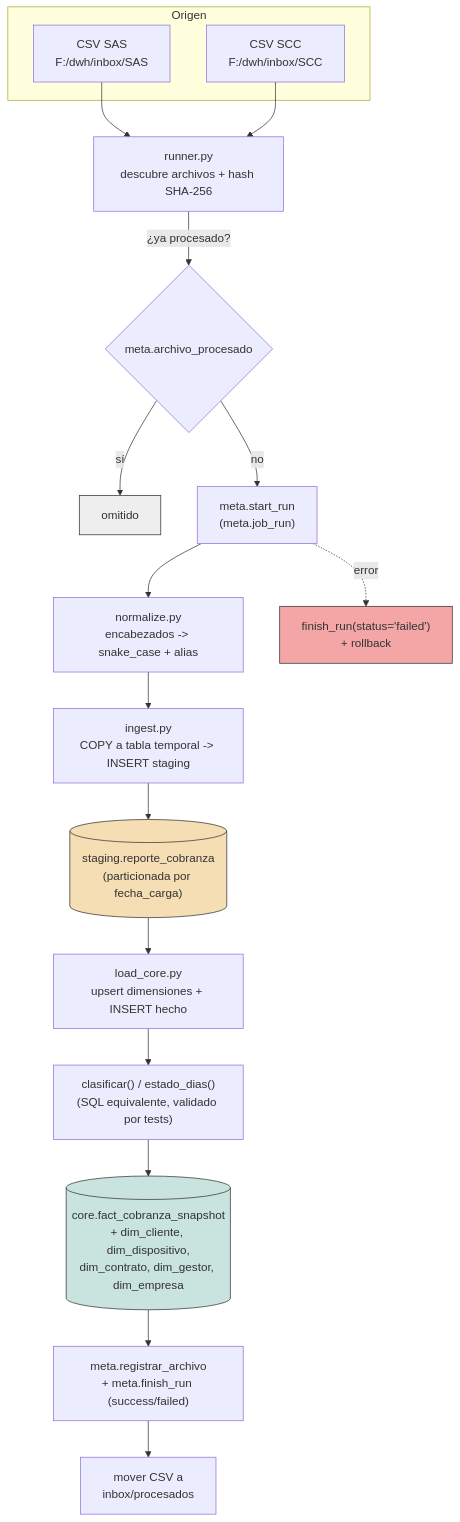
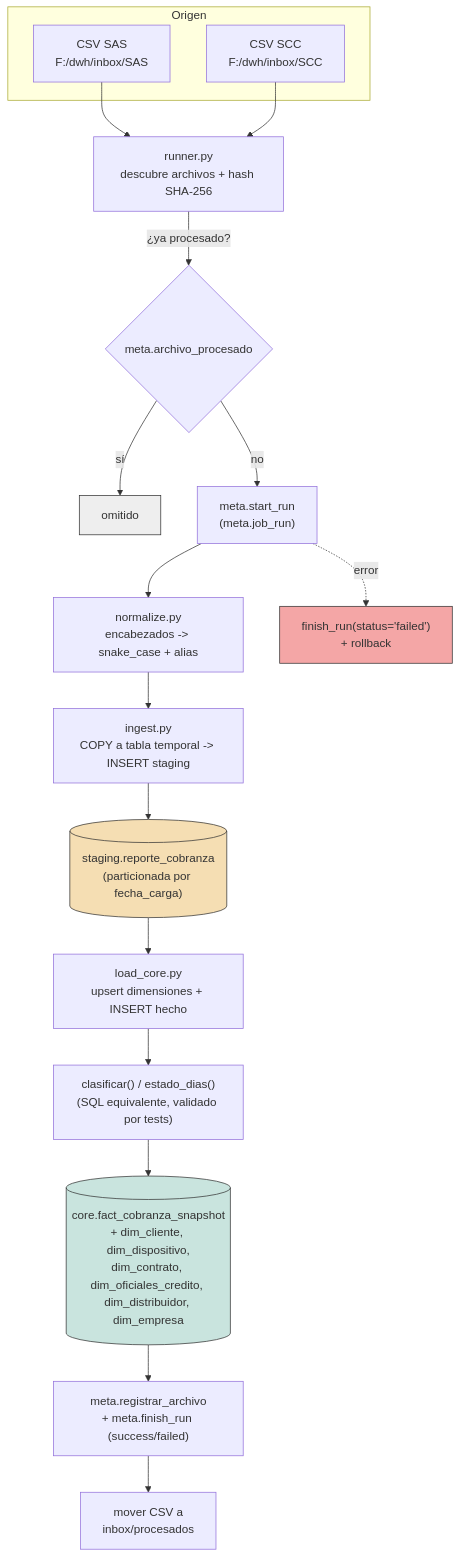
One commit to tonyrecaldeuph/etl_opt_powerbi changed the first of 2 diagrams in README.md. Above: the diagram before and after it, drawn with Mermaid. The commit also changed 5 other files, not shown here.

First line of the commit message:
feat(core): separar dim_distribuidor y renombrar dim_gestor a dim_oficiales_credito

````diff
--- a/README.md
+++ b/README.md
@@ -55,33 +55,33 @@
 ```mermaid
 flowchart TD
     subgraph Origen
         SAS["CSV SAS<br/>F:/dwh/inbox/SAS"]
         SCC["CSV SCC<br/>F:/dwh/inbox/SCC"]
     end
 
     SAS --> RUNNER
     SCC --> RUNNER
 
     RUNNER["runner.py<br/>descubre archivos + hash SHA-256"]
     RUNNER -->|"¿ya procesado?"| DEDUP{meta.archivo_procesado}
     DEDUP -->|sí| SKIP["omitido"]
     DEDUP -->|no| JOBSTART["meta.start_run<br/>(meta.job_run)"]
 
     JOBSTART --> NORM["normalize.py<br/>encabezados -> snake_case + alias"]
     NORM --> INGEST["ingest.py<br/>COPY a tabla temporal -> INSERT staging"]
     INGEST --> STAGING[("staging.reporte_cobranza<br/>(particionada por fecha_carga)")]
 
     STAGING --> LOADCORE["load_core.py<br/>upsert dimensiones + INSERT hecho"]
     LOADCORE --> RULES["clasificar() / estado_dias()<br/>(SQL equivalente, validado por tests)"]
-    RULES --> FACT[("core.fact_cobranza_snapshot<br/>+ dim_cliente, dim_dispositivo,<br/>dim_contrato, dim_gestor, dim_empresa")]
+    RULES --> FACT[("core.fact_cobranza_snapshot<br/>+ dim_cliente, dim_dispositivo,<br/>dim_contrato, dim_oficiales_credito, dim_distribuidor, dim_empresa")]
 
     FACT --> REGISTRA["meta.registrar_archivo<br/>+ meta.finish_run (success/failed)"]
     REGISTRA --> MUEVE["mover CSV a<br/>inbox/procesados"]
 
     JOBSTART -.->|error| FAIL["finish_run(status='failed')<br/>+ rollback"]
 
     style STAGING fill:#f5deb3,stroke:#333
     style FACT fill:#c9e4de,stroke:#333
     style SKIP fill:#eee,stroke:#333
     style FAIL fill:#f4a6a6,stroke:#333
 ```
````
